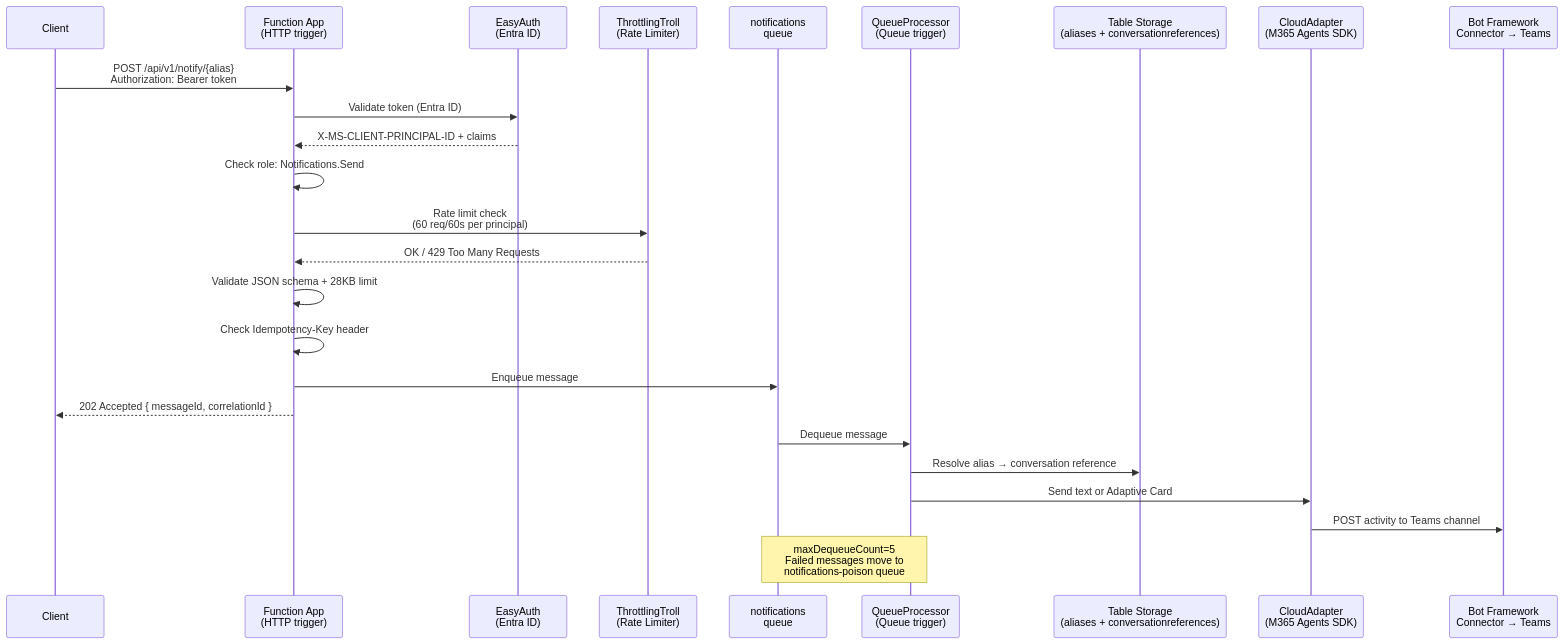
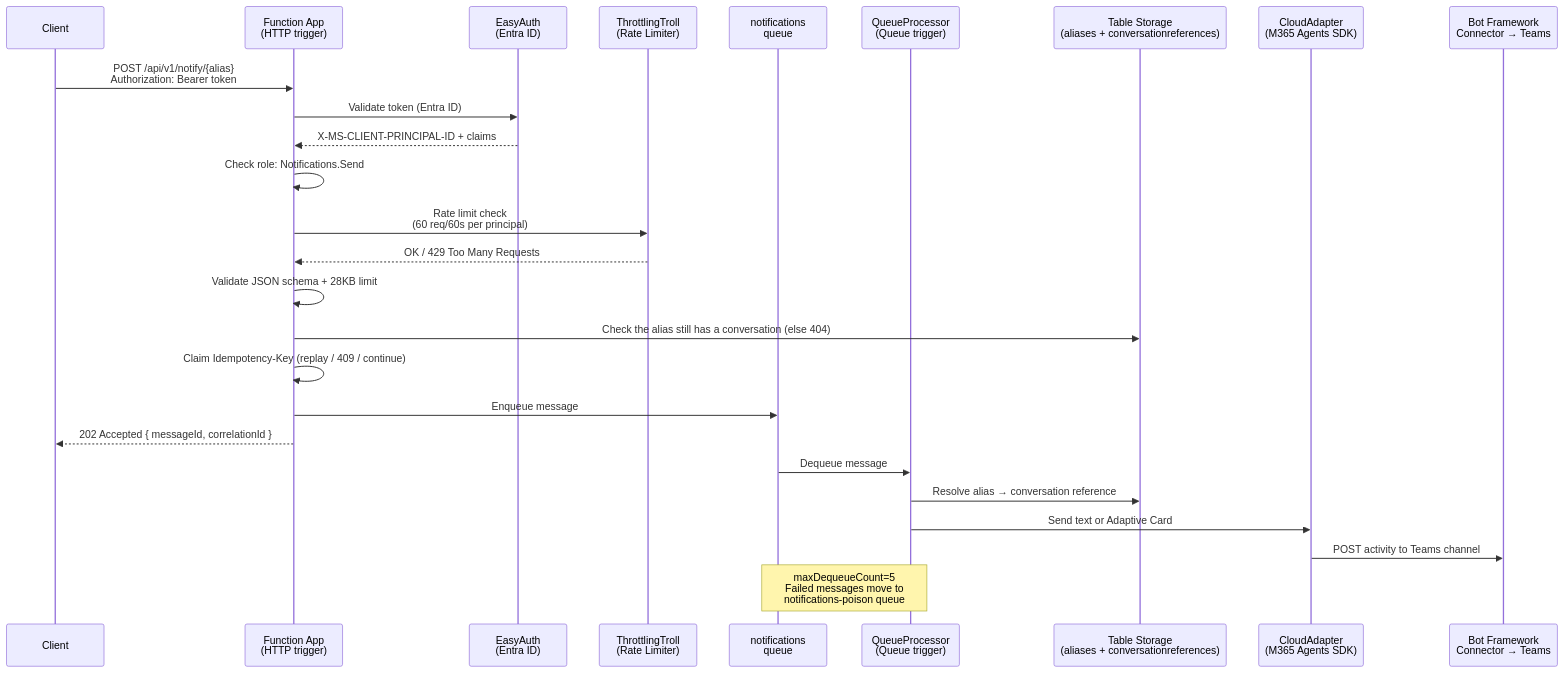
One commit to dsb-norge/teams-notifier-function-app changed the first of 6 diagrams in docs/architecture.md. Above: the diagram before and after it, drawn with Mermaid. The commit also changed other lines of this file and 22 other files, not shown here.

````diff
--- a/docs/architecture.md
+++ b/docs/architecture.md
@@ -13,30 +13,31 @@
 ```mermaid
 sequenceDiagram
     participant Client
     participant FuncApp as Function App<br/>(HTTP trigger)
     participant EasyAuth as EasyAuth<br/>(Entra ID)
     participant RateLimit as ThrottlingTroll<br/>(Rate Limiter)
     participant Queue as notifications<br/>queue
     participant QueueProc as QueueProcessor<br/>(Queue trigger)
     participant Tables as Table Storage<br/>(aliases + conversationreferences)
     participant Bot as CloudAdapter<br/>(M365 Agents SDK)
     participant Teams as Bot Framework<br/>Connector → Teams
 
     Client->>FuncApp: POST /api/v1/notify/{alias}<br/>Authorization: Bearer token
     FuncApp->>EasyAuth: Validate token (Entra ID)
     EasyAuth-->>FuncApp: X-MS-CLIENT-PRINCIPAL-ID + claims
     FuncApp->>FuncApp: Check role: Notifications.Send
     FuncApp->>RateLimit: Rate limit check<br/>(60 req/60s per principal)
     RateLimit-->>FuncApp: OK / 429 Too Many Requests
     FuncApp->>FuncApp: Validate JSON schema + 28KB limit
-    FuncApp->>FuncApp: Check Idempotency-Key header
+    FuncApp->>Tables: Check the alias still has a conversation (else 404)
+    FuncApp->>FuncApp: Claim Idempotency-Key (replay / 409 / continue)
     FuncApp->>Queue: Enqueue message
     FuncApp-->>Client: 202 Accepted { messageId, correlationId }
 
     Queue->>QueueProc: Dequeue message
     QueueProc->>Tables: Resolve alias → conversation reference
     QueueProc->>Bot: Send text or Adaptive Card
     Bot->>Teams: POST activity to Teams channel
 
     Note over Queue,QueueProc: maxDequeueCount=5<br/>Failed messages move to<br/>notifications-poison queue
 ```
````
